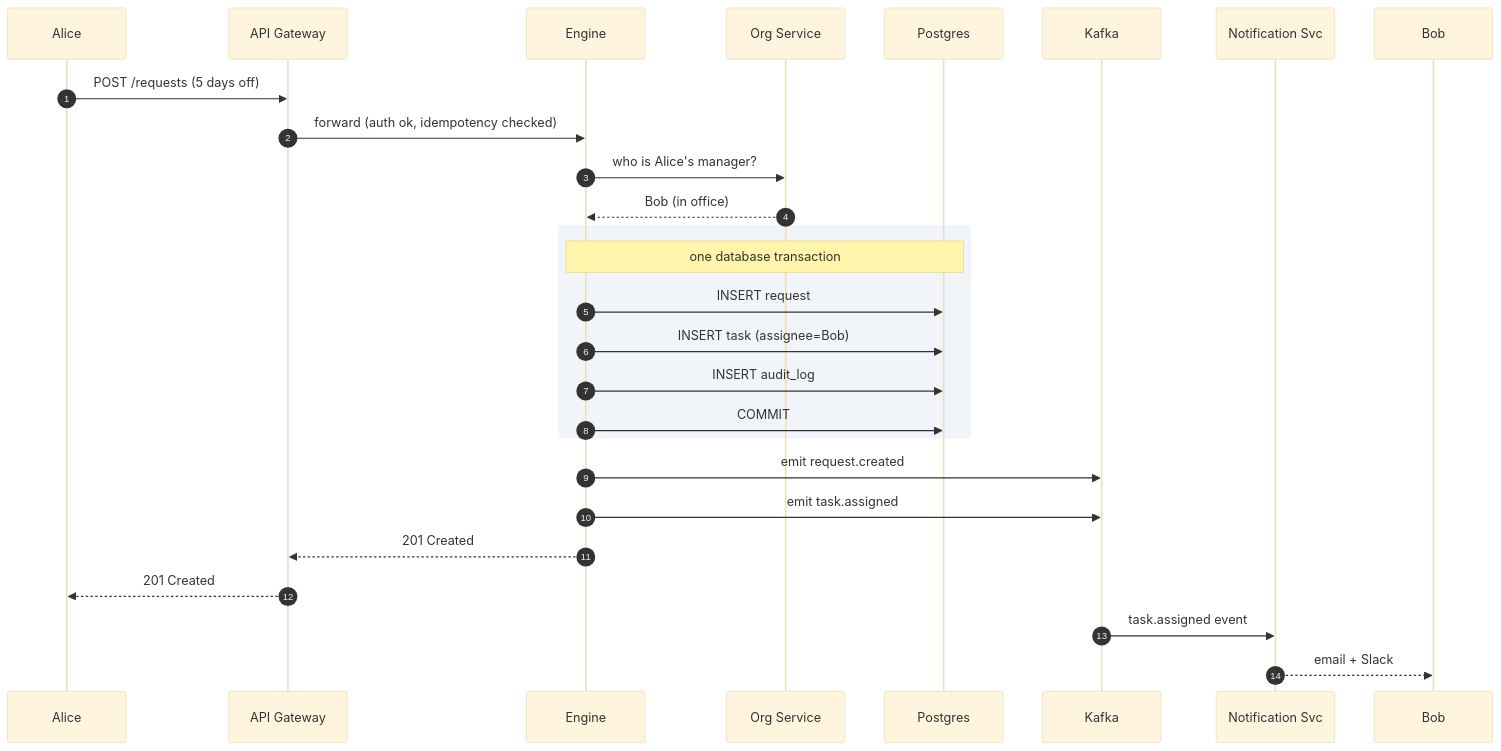
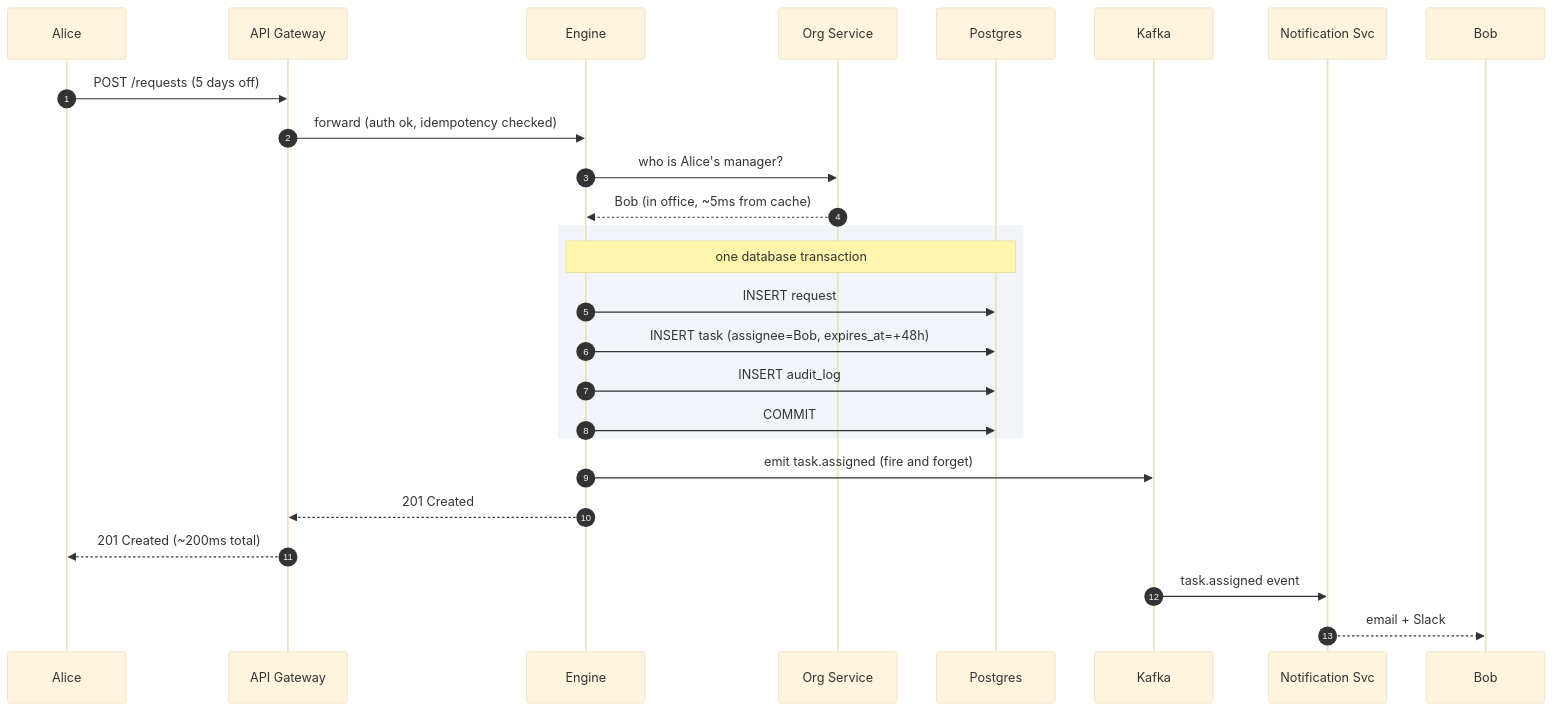
One commit to shiningflash/system-design changed the fourth of 5 diagrams in problems/011-approval-management/solution.md. Above: the diagram before and after it, drawn with Mermaid (base theme). The commit also changed other lines of this file and 37 other files, not shown here.

````diff
--- a/problems/011-approval-management/solution.md
+++ b/problems/011-approval-management/solution.md
@@ -359,31 +360,30 @@
 ```mermaid
 sequenceDiagram
     autonumber
     participant Alice
     participant GW as API Gateway
     participant E as Engine
     participant O as Org Service
     participant DB as Postgres
     participant K as Kafka
     participant N as Notification Svc
 
     Alice->>GW: POST /requests (5 days off)
     GW->>E: forward (auth ok, idempotency checked)
     E->>O: who is Alice's manager?
-    O-->>E: Bob (in office)
+    O-->>E: Bob (in office, ~5ms from cache)
 
     rect rgb(241, 245, 249)
         Note over E,DB: one database transaction
         E->>DB: INSERT request
-        E->>DB: INSERT task (assignee=Bob)
+        E->>DB: INSERT task (assignee=Bob, expires_at=+48h)
         E->>DB: INSERT audit_log
         E->>DB: COMMIT
     end
 
-    E->>K: emit request.created
-    E->>K: emit task.assigned
+    E->>K: emit task.assigned (fire and forget)
     E-->>GW: 201 Created
-    GW-->>Alice: 201 Created
+    GW-->>Alice: 201 Created (~200ms total)
     K->>N: task.assigned event
     N-->>Bob: email + Slack
 ```
````
